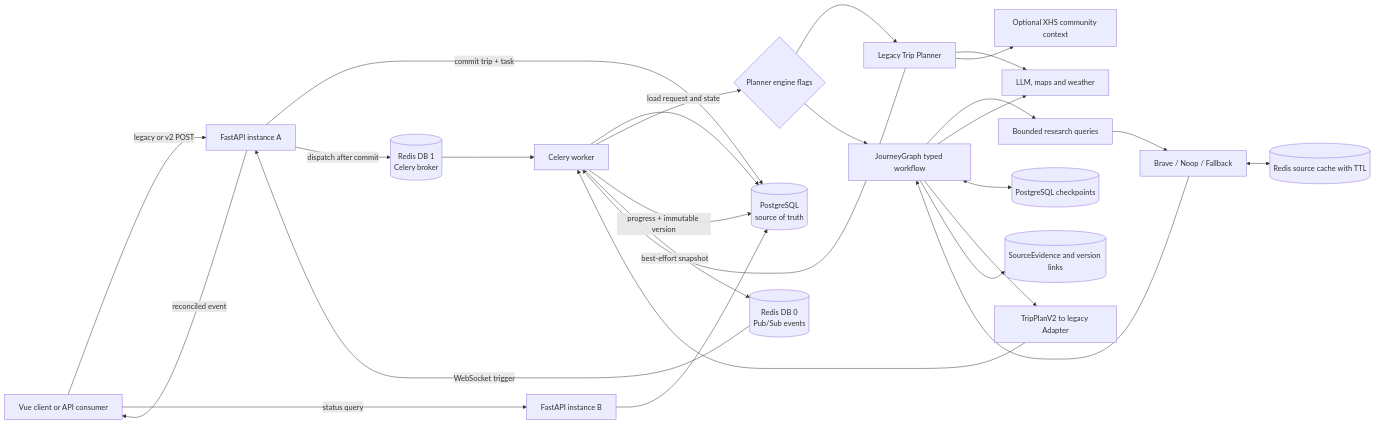
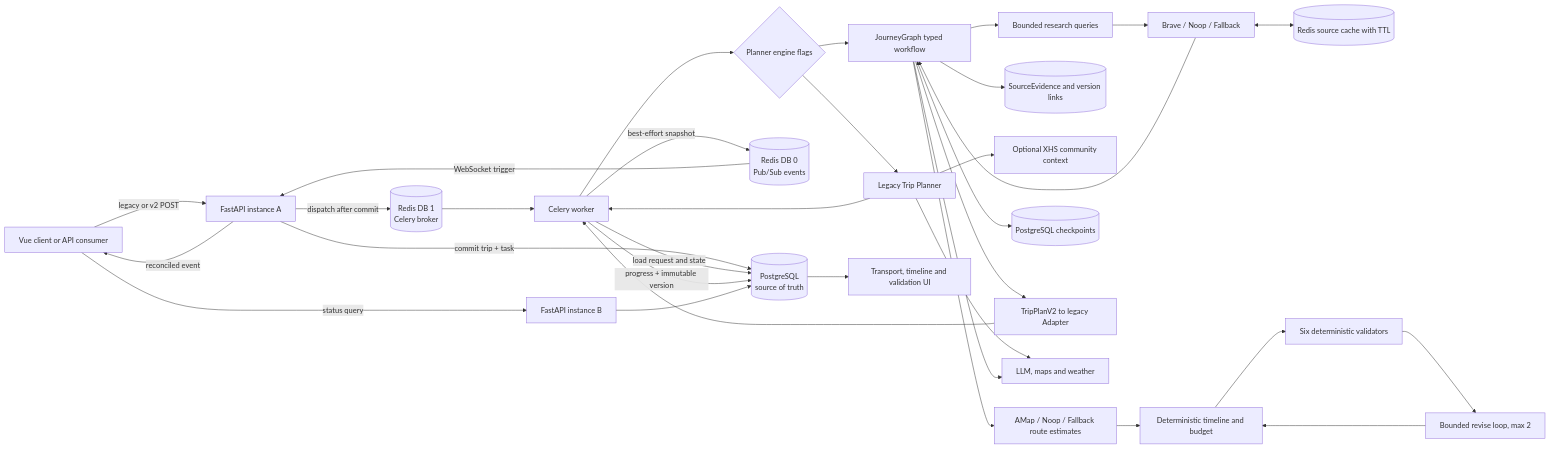
Before and after one commit to Xcaesar1/JourneyOps: the first of 3 diagrams in docs/ARCHITECTURE.md, drawn with Mermaid. The commit also changed other lines of this file and 3 other files, not shown here.

````diff
--- a/docs/ARCHITECTURE.md
+++ b/docs/ARCHITECTURE.md
@@ -5,48 +5,59 @@
 ```mermaid
 flowchart LR
     Client["Vue client or API consumer"]
     API1["FastAPI instance A"]
     API2["FastAPI instance B"]
     DB[("PostgreSQL\nsource of truth")]
     Broker[("Redis DB 1\nCelery broker")]
     Events[("Redis DB 0\nPub/Sub events")]
     Worker["Celery worker"]
     Selector{"Planner engine flags"}
     Legacy["Legacy Trip Planner"]
     Graph["JourneyGraph typed workflow"]
     Queries["Bounded research queries"]
     WebResearch["Brave / Noop / Fallback"]
     SourceCache[("Redis source cache with TTL")]
     Evidence[("SourceEvidence and version links")]
     Community["Optional XHS community context"]
+    Routing["AMap / Noop / Fallback route estimates"]
+    Enrich["Deterministic timeline and budget"]
+    Validate["Six deterministic validators"]
+    Revise["Bounded revise loop, max 2"]
     Checkpoints[("PostgreSQL checkpoints")]
     Adapter["TripPlanV2 to legacy Adapter"]
+    UI["Transport, timeline and validation UI"]
     Providers["LLM, maps and weather"]
 
     Client -->|"legacy or v2 POST"| API1
     Client -->|"status query"| API2
     API1 -->|"commit trip + task"| DB
     API1 -->|"dispatch after commit"| Broker
     Broker --> Worker
     Worker -->|"load request and state"| DB
     Worker --> Selector
     Selector --> Legacy
     Selector --> Graph
     Legacy --> Providers
     Legacy --> Community
     Legacy --> Worker
     Graph --> Queries
     Queries --> WebResearch
     WebResearch <--> SourceCache
     WebResearch --> Graph
     Graph --> Providers
+    Graph --> Routing
+    Routing --> Enrich
+    Enrich --> Validate
+    Validate --> Revise
+    Revise --> Enrich
     Graph <--> Checkpoints
     Graph --> Adapter
     Graph --> Evidence
     Adapter --> Worker
     Worker -->|"progress + immutable version"| DB
     Worker -->|"best-effort snapshot"| Events
     Events -->|"WebSocket trigger"| API1
     API1 -->|"reconciled event"| Client
     API2 --> DB
+    DB --> UI
 ```
````
